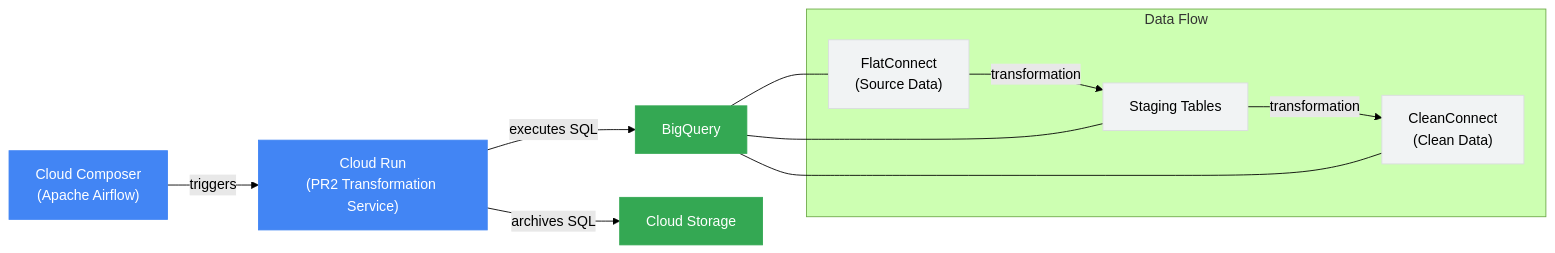
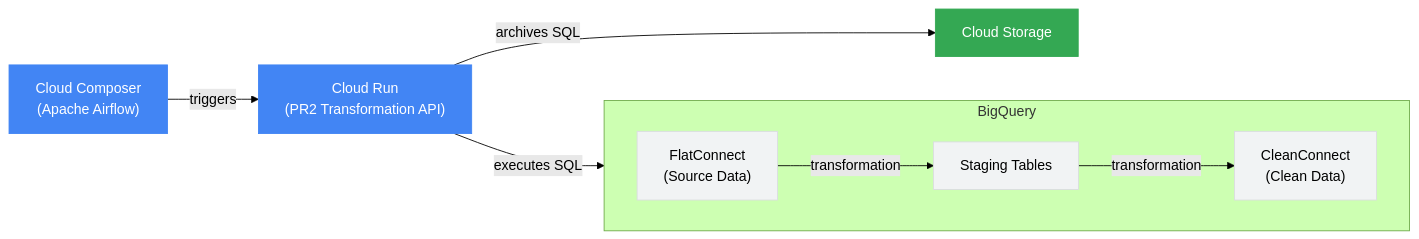
Before and after one commit to Analyticsphere/pr2-documentation: the first of 3 diagrams in README.md, drawn with Mermaid (forest theme). The commit also changed other lines of this file, not shown here.

````diff
--- a/README.md
+++ b/README.md
@@ -23,23 +23,21 @@
 ```mermaid
 flowchart LR
-    composer["Cloud Composer<br>(Apache Airflow)"] --> |triggers| cloudrun["Cloud Run<br>(PR2 Transformation Service)"]
-    cloudrun --> |executes SQL| bq["BigQuery"]
+    composer["Cloud Composer<br>(Apache Airflow)"] --> |triggers| cloudrun["Cloud Run<br>(PR2 Transformation API)"]
     cloudrun --> |archives SQL| gcs["Cloud Storage"]
     
-    subgraph "Data Flow"
+    subgraph "BigQuery"
+        direction LR
         source["FlatConnect<br>(Source Data)"] --> |transformation| staging["Staging Tables"]
         staging --> |transformation| clean["CleanConnect<br>(Clean Data)"]
     end
     
-    bq --- source
-    bq --- staging
-    bq --- clean
-    
+    cloudrun --> |executes SQL| BigQuery
+
     classDef primary fill:#4285F4,stroke:#4285F4,color:white
     classDef secondary fill:#34A853,stroke:#34A853,color:white
     classDef datasets fill:#F1F3F4,stroke:#DADCE0,color:black
     
     class composer,cloudrun primary
     class bq,gcs secondary
     class source,staging,clean datasets
 ```
````
